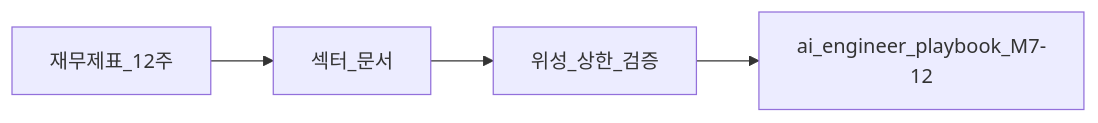
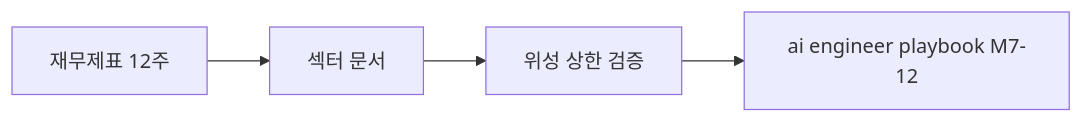
The third of 3 diagrams in 01-foundations/financial-statements-study-roadmap.md (goldanghenry/Finances), drawn with Mermaid before and after one commit. The commit also changed other lines of this file and 211 other files, not shown here.

````diff
--- a/01-foundations/financial-statements-study-roadmap.md
+++ b/01-foundations/financial-statements-study-roadmap.md
@@ -349,6 +377,6 @@
 ```mermaid
 flowchart LR
-  FS[재무제표_12주] --> SEC[섹터_문서]
-  SEC --> IPS[위성_상한_검증]
-  IPS --> Play[ai_engineer_playbook_M7-12]
+  FS["재무제표 12주"] --> SEC["섹터 문서"]
+  SEC --> IPS["위성 상한 검증"]
+  IPS --> Play["ai engineer playbook M7-12"]
 ```
````
